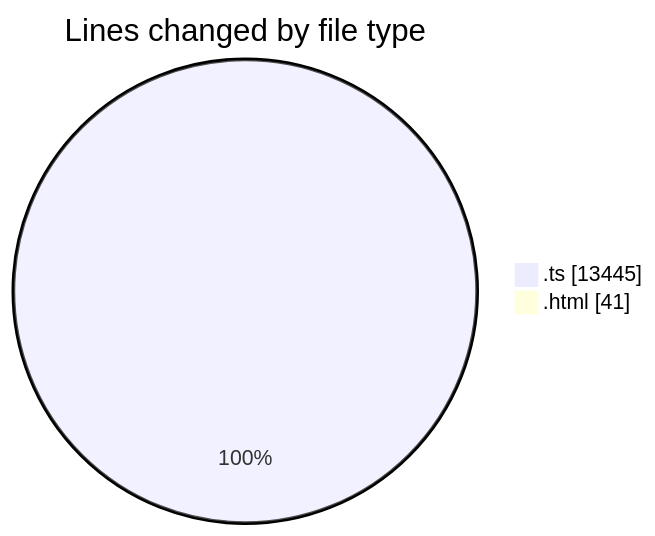
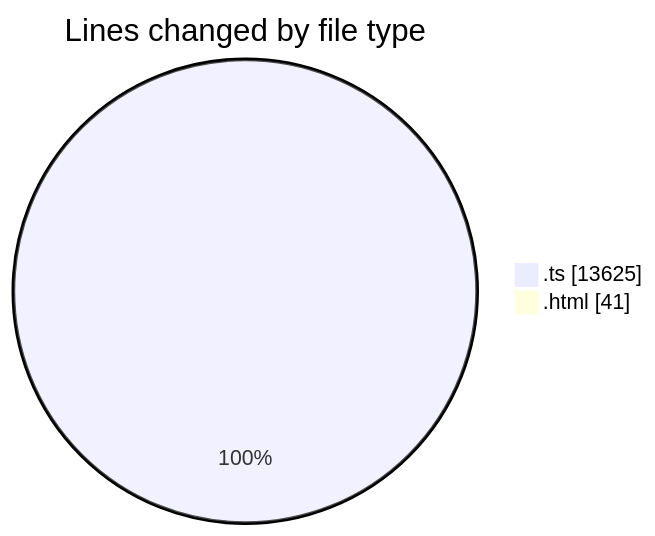
The first of 2 diagrams in 2026-02-08/singularitybrainai/README.md (tmsrecording-cyber/code-tracking), drawn with Mermaid before and after one commit. The commit also changed other lines of this file and 1 other file, not shown here.

````diff
--- a/2026-02-08/singularitybrainai/README.md
+++ b/2026-02-08/singularitybrainai/README.md
@@ -37,6 +38,6 @@
 ```mermaid
 pie showData
 title Lines changed by file type
-".ts" : 13445
+".ts" : 13625
 ".html" : 41
 ```
````
